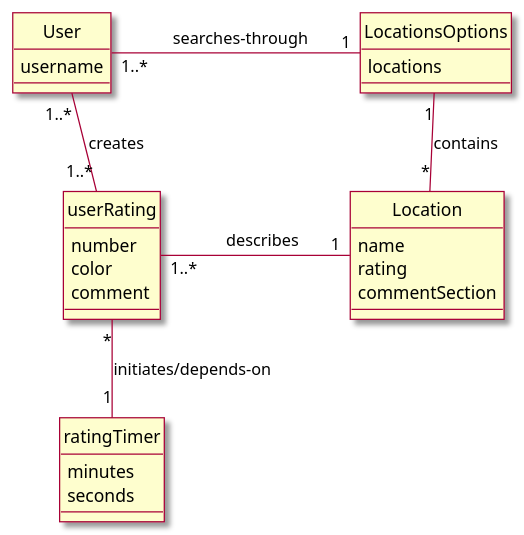
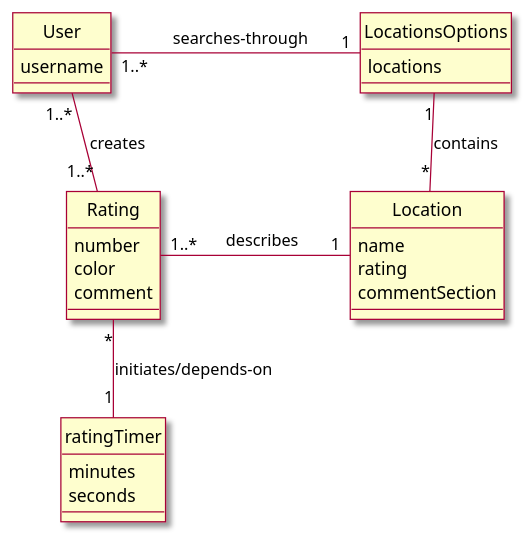
The first of 4 diagrams in intellij/documentation/design.md (manoushpajouh/Vassar-Crowdmeter), drawn with PlantUML before and after one commit. The commit also changed other lines of this file and 1 other file, not shown here.

Commit message:
update sequence diagram

````diff
--- a/intellij/documentation/design.md
+++ b/intellij/documentation/design.md
@@ -2,44 +2,44 @@
 ```plantuml
 @startuml
 
 skin rose 
 
 hide circle 
 hide circle 
 
 ' classes 
 
 class User{
 username
 }
 
-class userRating{
+class Rating{
 number
 color
 comment
 }
 
 class LocationsOptions{
 locations
 }
 
 class Location{
 name
 rating
 commentSection
 }
 
 class ratingTimer{
 minutes
 seconds
 }
 
 ' associations 
-userRating "1..*"  - "1" Location : \t describes \t
-userRating "*" -- "1" ratingTimer : initiates/depends-on \t
-User "1..*" -- "1..*" userRating : creates
+Rating "1..*"  - "1" Location : \t describes \t
+Rating "*" -- "1" ratingTimer : initiates/depends-on \t
+User "1..*" -- "1..*" Rating : creates
 LocationsOptions "1" -down- "*" Location : contains
 User "1..*" -right- "1" LocationsOptions: \t searches-through\t
 
 @enduml
 ```
````
